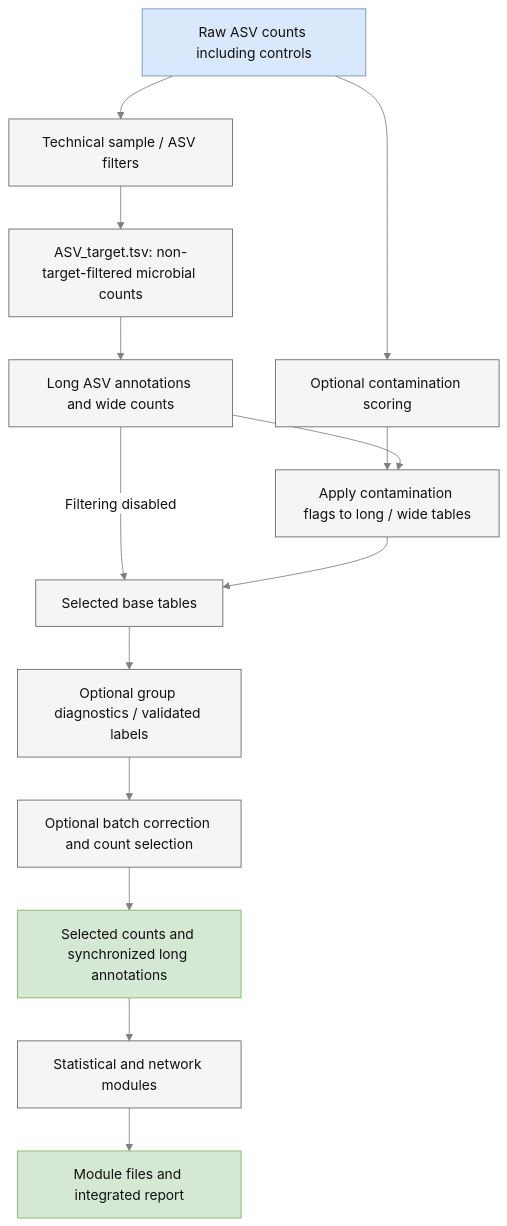
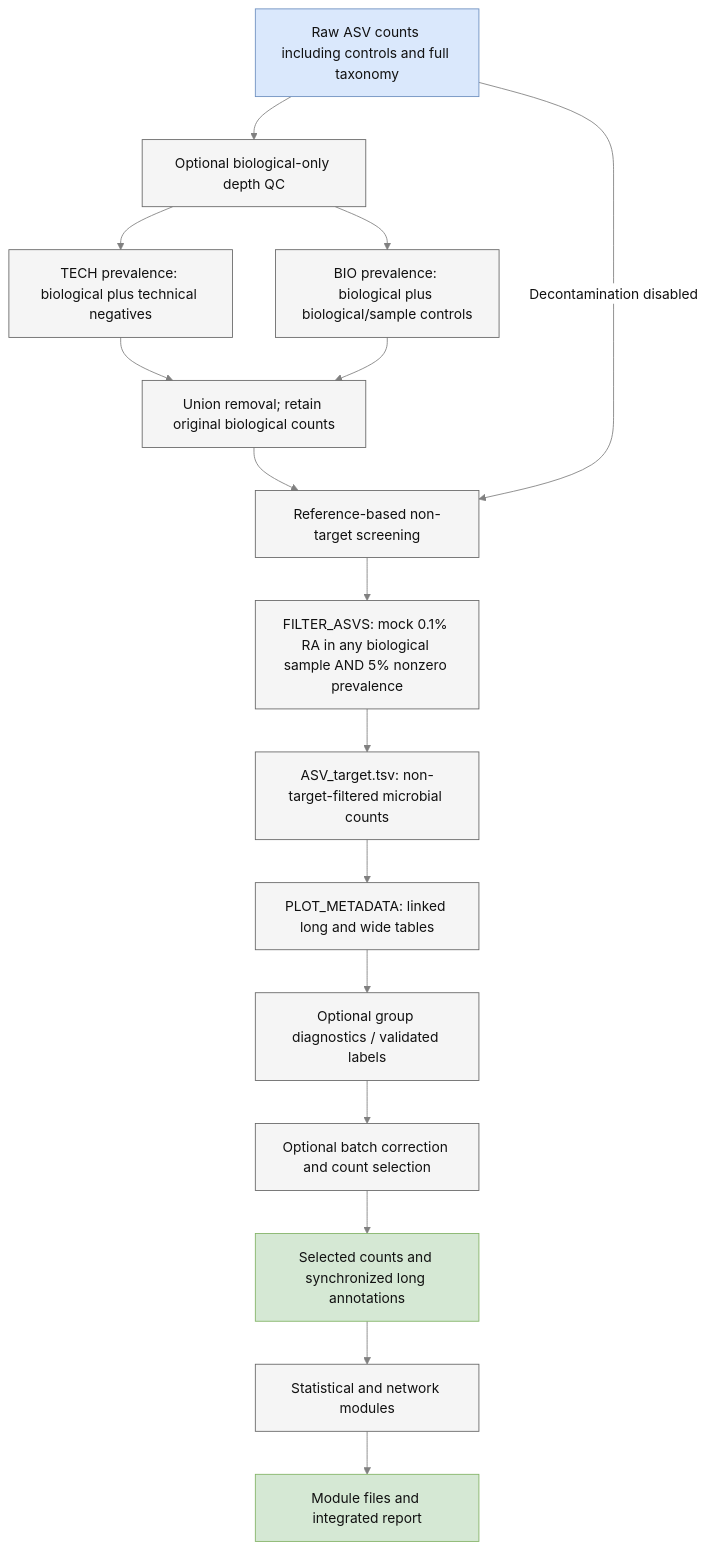
Before and after one commit to hallamlab/ASPIRE: the diagram in docs/diagrams/workflow-3.mmd, drawn with Mermaid. The commit also changed 72 other files, not shown here.

```diff
--- a/docs/diagrams/workflow-3.mmd
+++ b/docs/diagrams/workflow-3.mmd
@@ -1,19 +1,21 @@
 %%{init: {"theme":"base","themeVariables":{"fontFamily":"Times New Roman, Times, serif","primaryColor":"#F5F5F5","primaryBorderColor":"#666666","lineColor":"#808080","defaultLinkColor":"#808080","primaryTextColor":"#111111","textColor":"#111111","edgeLabelBackground":"#FFFFFF"}}}%%
 flowchart TD
-    RAW[Raw ASV counts including controls] --> TECH[Technical sample / ASV filters]
-    TECH --> TARGET[ASV_target.tsv: non-target-filtered microbial counts]
-    TARGET --> BASE[Long ASV annotations and wide counts]
-    RAW --> SCORE[Optional contamination scoring]
-    SCORE --> FILTER[Apply contamination flags to long / wide tables]
-    BASE --> FILTER
-    BASE -->|Filtering disabled| SELECT[Selected base tables]
-    FILTER --> SELECT
+    RAW[Raw ASV counts including controls and full taxonomy] --> QC[Optional biological-only depth QC]
+    QC --> TECH[TECH prevalence: biological plus technical negatives]
+    QC --> BIO[BIO prevalence: biological plus biological/sample controls]
+    TECH --> UNION[Union removal; retain original biological counts]
+    BIO --> UNION
+    UNION --> REF[Reference-based non-target screening]
+    REF --> FEATURES[FILTER_ASVS: mock 0.1% RA in any biological sample AND 5% nonzero prevalence]
+    RAW -->|Decontamination disabled| REF
+    FEATURES --> TARGET[ASV_target.tsv: non-target-filtered microbial counts]
+    TARGET --> SELECT[PLOT_METADATA: linked long and wide tables]
     SELECT --> GROUP[Optional group diagnostics / validated labels]
     GROUP --> BATCH[Optional batch correction and count selection]
     BATCH --> FINAL[Selected counts and synchronized long annotations]
     FINAL --> STATS[Statistical and network modules]
     STATS --> REPORT[Module files and integrated report]
     classDef input fill:#DAE8FC,stroke:#6C8EBF,color:#111111
     classDef output fill:#D5E8D4,stroke:#82B366,color:#111111
     class RAW input
     class FINAL,REPORT output
```
